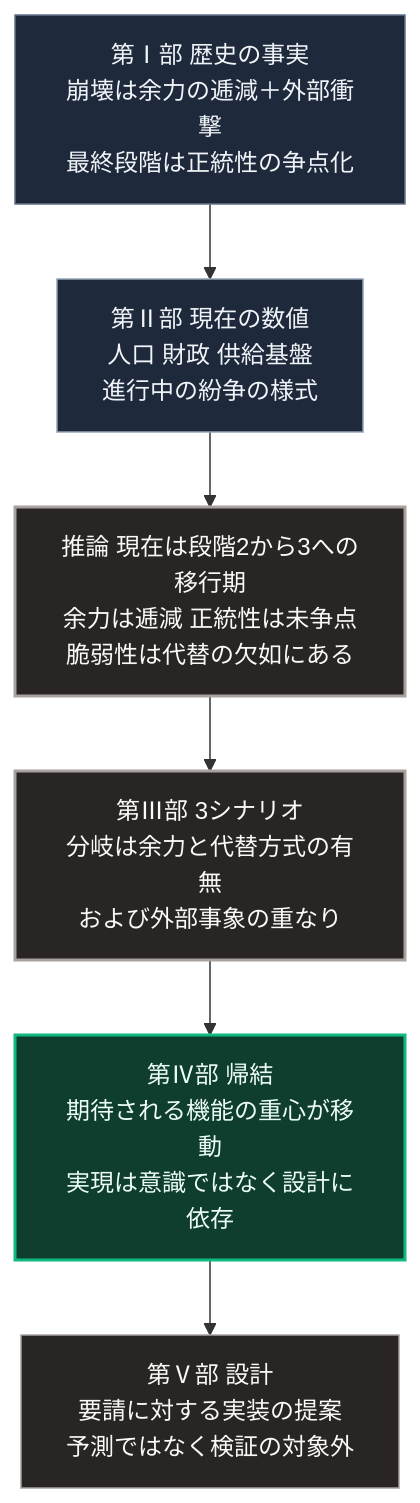
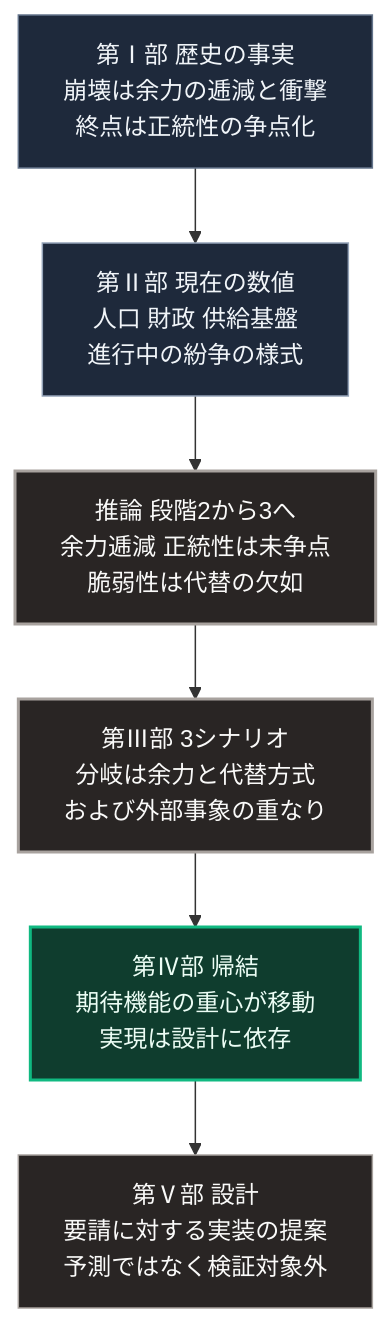
Before and after one commit to Takenori-Kusaka/zenn-content: the diagram in books/sovereign-resilience-blueprint/conclusion-synthesis.md, drawn with Mermaid. The commit also changed other lines of this file and 114 other files, not shown here.

````diff
--- a/books/sovereign-resilience-blueprint/conclusion-synthesis.md
+++ b/books/sovereign-resilience-blueprint/conclusion-synthesis.md
@@ -97,16 +97,16 @@
 ```mermaid
 flowchart TD
-    H[第Ⅰ部 歴史の事実<br>崩壊は余力の逓減＋外部衝撃<br>最終段階は正統性の争点化]
+    H[第Ⅰ部 歴史の事実<br>崩壊は余力の逓減と衝撃<br>終点は正統性の争点化]
     H --> P[第Ⅱ部 現在の数値<br>人口 財政 供給基盤<br>進行中の紛争の様式]
-    P --> R[推論 現在は段階2から3への移行期<br>余力は逓減 正統性は未争点<br>脆弱性は代替の欠如にある]
-    R --> S[第Ⅲ部 3シナリオ<br>分岐は余力と代替方式の有無<br>および外部事象の重なり]
-    S --> A[第Ⅳ部 帰結<br>期待される機能の重心が移動<br>実現は意識ではなく設計に依存]
-    A --> D[第Ⅴ部 設計<br>要請に対する実装の提案<br>予測ではなく検証の対象外]
+    P --> R[推論 段階2から3へ<br>余力逓減 正統性は未争点<br>脆弱性は代替の欠如]
+    R --> S[第Ⅲ部 3シナリオ<br>分岐は余力と代替方式<br>および外部事象の重なり]
+    S --> A[第Ⅳ部 帰結<br>期待機能の重心が移動<br>実現は設計に依存]
+    A --> D[第Ⅴ部 設計<br>要請に対する実装の提案<br>予測ではなく検証対象外]
 
     style H fill:#1e293b,stroke:#64748b,color:#f1f5f9
     style P fill:#1e293b,stroke:#94a3b8,color:#f1f5f9
     style R fill:#292524,stroke:#a8a29e,stroke-width:2px,color:#fafaf9
     style S fill:#292524,stroke:#a8a29e,stroke-width:2px,color:#fafaf9
     style A fill:#0f3d2e,stroke:#10b981,stroke-width:2px,color:#ecfdf5
     style D fill:#292524,stroke:#a8a29e,stroke-width:1px,color:#fafaf9
 ```
````
